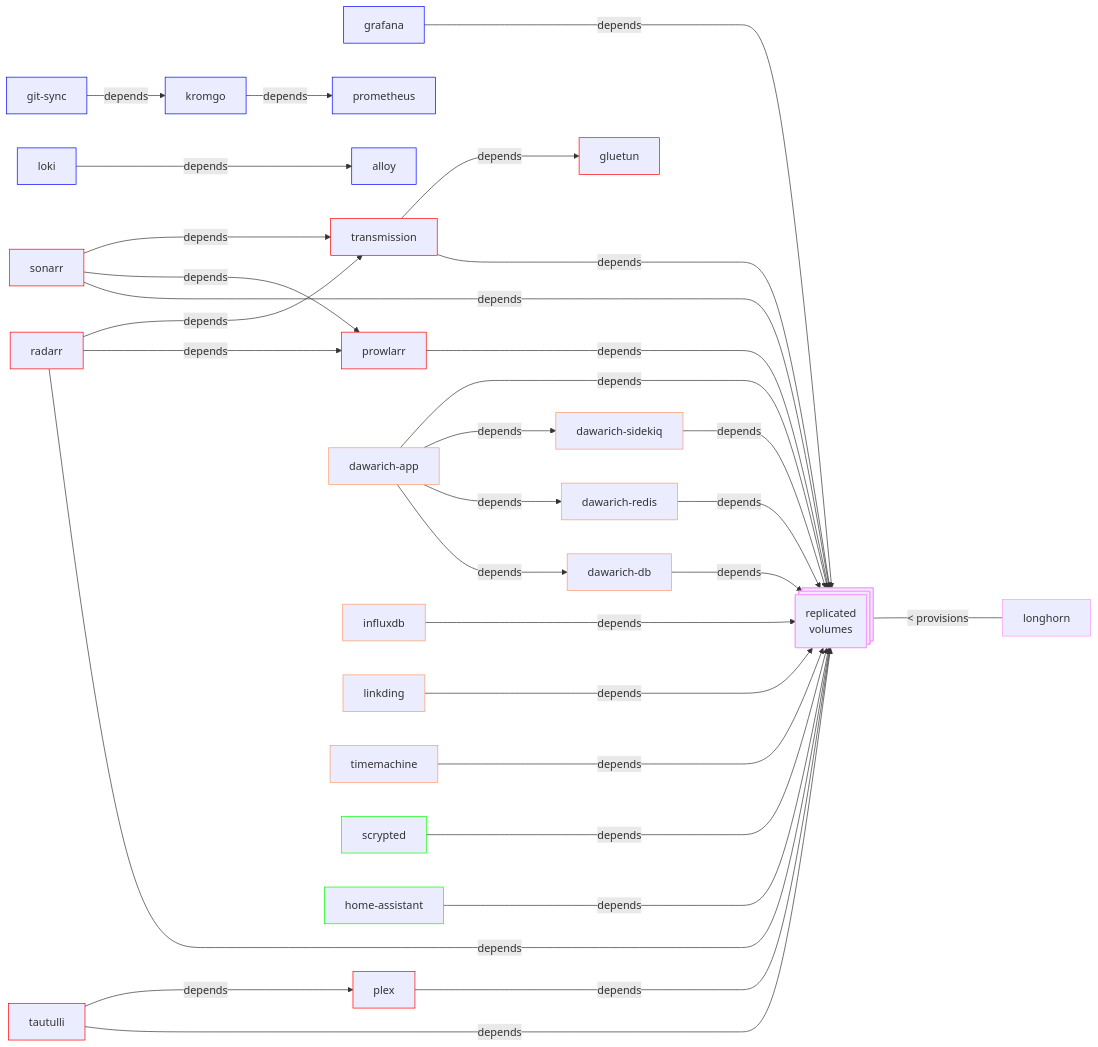
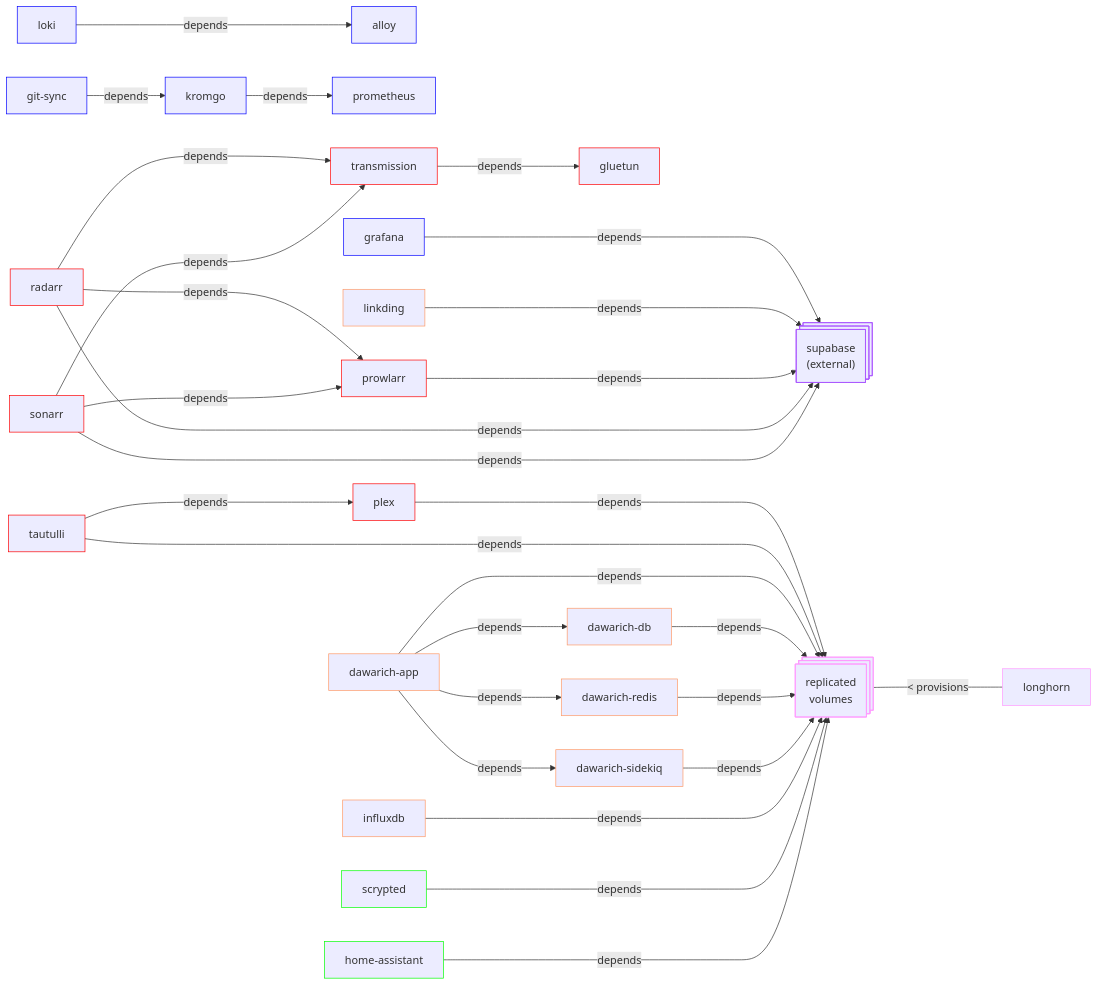
The first of 3 diagrams in README.md (jaredfiorali/infrastructure), drawn with Mermaid before and after one commit. The commit also changed other lines of this file, not shown here.

Commit message:
Diagram changes and new app additions

````diff
--- a/README.md
+++ b/README.md
@@ -97,41 +106,41 @@
 ```mermaid
 graph LR
-L[grafana]:::blue -----> |depends| H[replicated\nvolumes]
 Z[git-sync]:::blue --> |depends| N[kromgo]
+O[loki]:::blue ---> |depends| K[alloy]
 N[kromgo]:::blue --> |depends| I[prometheus]
-A[plex]:::red -----> |depends| H[replicated\nvolumes]
-B[prowlarr]:::red -----> |depends| H[replicated\nvolumes]
-C[radarr]:::red -----> |depends| H[replicated\nvolumes]
+L[grafana]:::blue -----> |depends| Y[supabase]
+V[linkding]:::orange -----> |depends| Y[supabase]
+B[prowlarr]:::red -----> |depends| Y[supabase]
 C[radarr]:::red ---> |depends| B[prowlarr]
 C[radarr]:::red ---> |depends| F[transmission]
-D[sonarr]:::red -----> |depends| H[replicated\nvolumes]
+C[radarr]:::red -----> |depends| Y[supabase]
 D[sonarr]:::red ---> |depends| B[prowlarr]
 D[sonarr]:::red ---> |depends| F[transmission]
+D[sonarr]:::red -----> |depends| Y[supabase]
+F[transmission]:::red ---> |depends| G[gluetun]
+G[gluetun]:::red
+E[tautulli]:::red ---> |depends| A[plex]
+A[plex]:::red -----> |depends| H[replicated\nvolumes]
 E[tautulli]:::red -----> |depends| H[replicated\nvolumes]
-E[tautulli]:::red ---> |depends| A[plex]
-F[transmission]:::red -----> |depends| H[replicated\nvolumes]
-F[transmission]:::red ---> |depends| G[gluetun]
-O[loki]:::blue ---> |depends| K[alloy]
 T[dawarich-app]:::orange ---> |depends| U[dawarich-db]
 T[dawarich-app]:::orange ---> |depends| P[dawarich-redis]
 T[dawarich-app]:::orange ---> |depends| Q[dawarich-sidekiq]
 T[dawarich-app]:::orange ---> |depends| H[replicated\nvolumes]
-M[influxdb]:::orange -----> |depends| H[replicated\nvolumes]
 U[dawarich-db]:::orange ---> |depends| H[replicated\nvolumes]
 P[dawarich-redis]:::orange ---> |depends| H[replicated\nvolumes]
 Q[dawarich-sidekiq]:::orange ---> |depends| H[replicated\nvolumes]
-V[linkding]:::orange -----> |depends| H[replicated\nvolumes]
-Y[timemachine]:::orange -----> |depends| H[replicated\nvolumes]
+M[influxdb]:::orange -----> |depends| H[replicated\nvolumes]
 R[scrypted]:::green -----> |depends| H[replicated\nvolumes]
 S[home-assistant]:::green -----> |depends| H[replicated\nvolumes]
 I[prometheus]:::blue
-G[gluetun]:::red
 K[alloy]:::blue
 H:::pink@{ shape: processes, label: "replicated\nvolumes" } <--- |< provisions| J[longhorn]:::pink
+Y:::purple@{ shape: processes, label: "supabase\n(external)" }
 
 classDef red stroke:#f00
 classDef blue stroke:#00f
 classDef green stroke:#0f0
 classDef orange stroke:#f96
 classDef pink stroke:#f9f
+classDef purple stroke:#a5f
 ```
````
